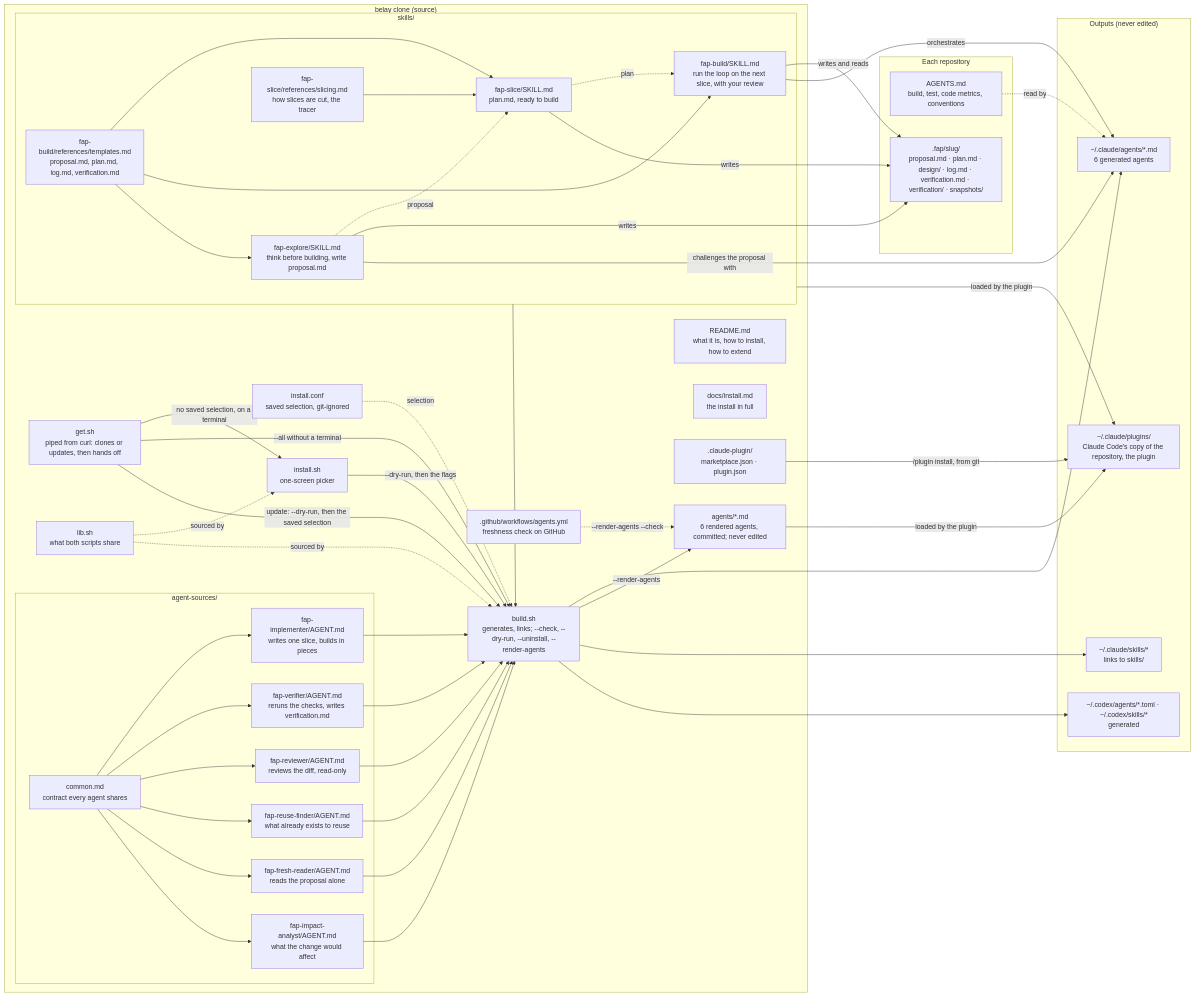
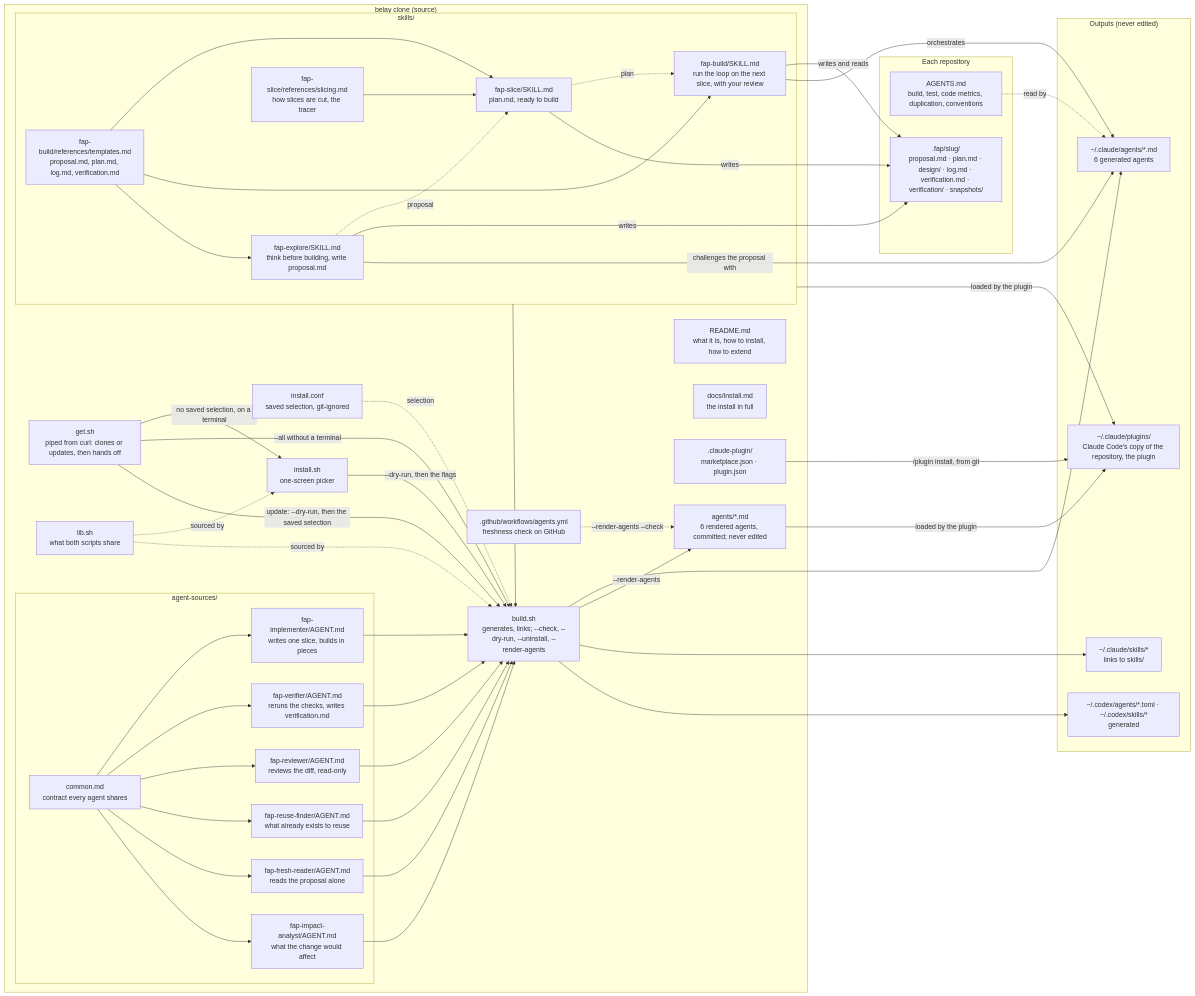
The first of 2 diagrams in docs/structure.md (felipearpa/belay), drawn with Mermaid before and after one commit. The commit also changed other lines of this file and 6 other files, not shown here.

````diff
--- a/docs/structure.md
+++ b/docs/structure.md
@@ -5,68 +5,68 @@
 ```mermaid
 flowchart LR
   subgraph SRC["belay clone (source)"]
     README["README.md<br/>what it is, how to install, how to extend"]
     DOCI["docs/install.md<br/>the install in full"]
     GET["get.sh<br/>piped from curl: clones or updates, then hands off"]
     INSTALL["install.sh<br/>one-screen picker"]
     BUILD["build.sh<br/>generates, links; --check, --dry-run, --uninstall, --render-agents"]
     LIB["lib.sh<br/>what both scripts share"]
     CONF["install.conf<br/>saved selection, git-ignored"]
     COMMITTED["agents/*.md<br/>6 rendered agents, committed; never edited"]
     CI[".github/workflows/agents.yml<br/>freshness check on GitHub"]
     PLUG[".claude-plugin/<br/>marketplace.json · plugin.json"]
     subgraph AG["agent-sources/"]
       COMMON["common.md<br/>contract every agent shares"]
       IMPL["fap-implementer/AGENT.md<br/>writes one slice, builds in pieces"]
       VER["fap-verifier/AGENT.md<br/>reruns the checks, writes verification.md"]
       REV["fap-reviewer/AGENT.md<br/>reviews the diff, read-only"]
       RF["fap-reuse-finder/AGENT.md<br/>what already exists to reuse"]
       FR["fap-fresh-reader/AGENT.md<br/>reads the proposal alone"]
       IA["fap-impact-analyst/AGENT.md<br/>what the change would affect"]
     end
     subgraph SK["skills/"]
       EXPL["fap-explore/SKILL.md<br/>think before building, write proposal.md"]
       PLAN["fap-slice/SKILL.md<br/>plan.md, ready to build"]
       FB["fap-build/SKILL.md<br/>run the loop on the next slice, with your review"]
       SLI["fap-slice/references/slicing.md<br/>how slices are cut, the tracer"]
       TPL["fap-build/references/templates.md<br/>proposal.md, plan.md, log.md, verification.md"]
     end
   end
 
   subgraph OUT["Outputs (never edited)"]
     PC["~/.claude/plugins/<br/>Claude Code's copy of the repository, the plugin"]
     CA["~/.claude/agents/*.md<br/>6 generated agents"]
     CS["~/.claude/skills/*<br/>links to skills/"]
     CX["~/.codex/agents/*.toml · ~/.codex/skills/*<br/>generated"]
   end
 
   subgraph REPO["Each repository"]
-    AGENTS["AGENTS.md<br/>build, test, code metrics, conventions"]
+    AGENTS["AGENTS.md<br/>build, test, code metrics, duplication, conventions"]
     FAP[".fap/slug/<br/>proposal.md · plan.md · design/ · log.md · verification.md · verification/ · snapshots/"]
   end
 
   COMMON --> IMPL & VER & REV & RF & FR & IA
   IMPL & VER & REV & RF & FR & IA --> BUILD --> CA
   BUILD -- "--render-agents" --> COMMITTED
   CI -. "--render-agents --check" .-> COMMITTED
   PLUG -- "/plugin install, from git" --> PC
   COMMITTED & SK -- "loaded by the plugin" --> PC
   SK --> BUILD --> CS
   BUILD --> CX
   GET -- "no saved selection, on a terminal" --> INSTALL
   GET -- "--all without a terminal" --> BUILD
   GET -- "update: --dry-run, then the saved selection" --> BUILD
   INSTALL -- "--dry-run, then the flags" --> BUILD
   CONF -. "selection" .-> BUILD
   LIB -. "sourced by" .-> INSTALL & BUILD
   SLI & TPL --> PLAN
   TPL --> FB & EXPL
   PLAN -. "plan" .-> FB
   EXPL -. "proposal" .-> PLAN
   EXPL -- "writes" --> FAP
   EXPL -- "challenges the proposal with" --> CA
   PLAN -- "writes" --> FAP
   FB -- "writes and reads" --> FAP
   FB -- "orchestrates" --> CA
   AGENTS -. "read by" .-> CA
 ```
````
